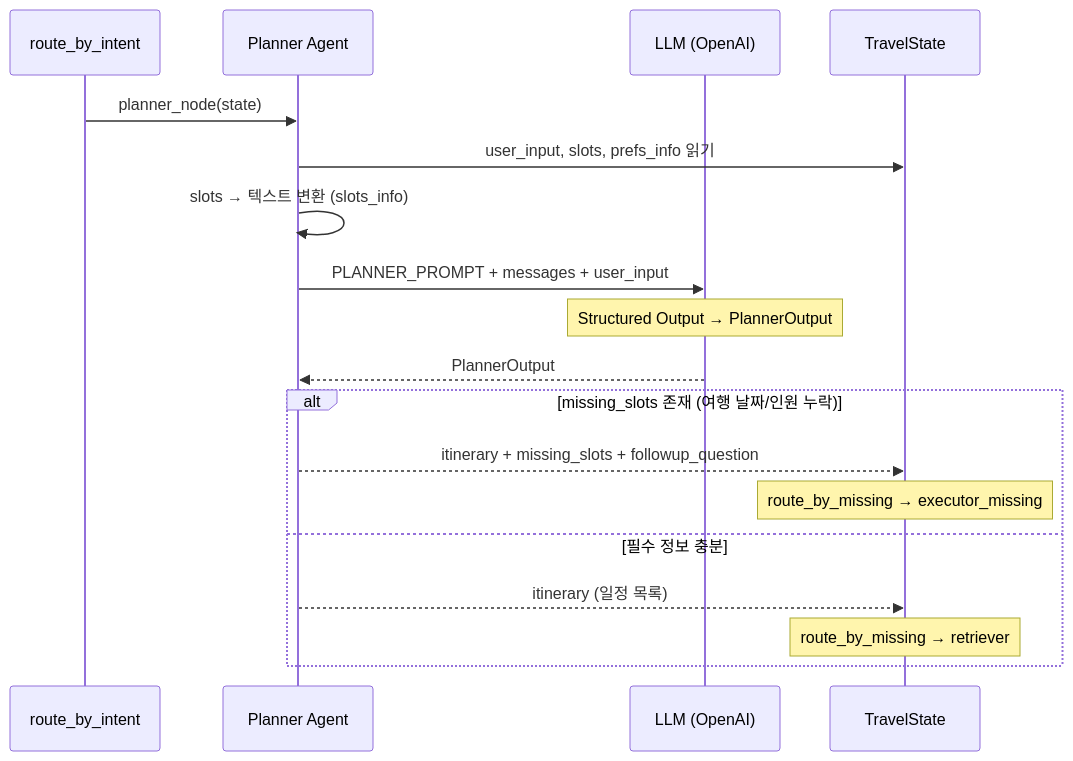
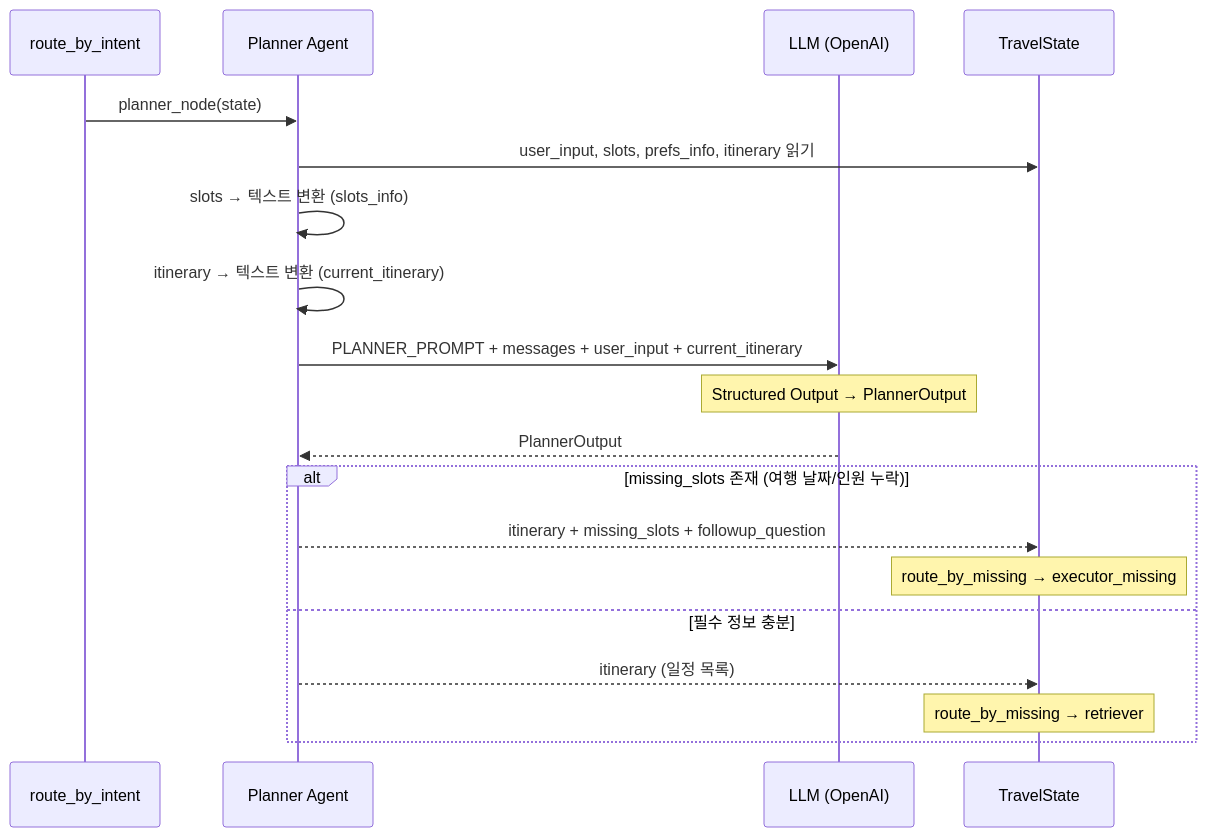
Before and after one commit to SKNETWORKS-FAMILY-AICAMP/SKN21-FINAL-2Team: the fourth of 10 diagrams in docs/agent_sequence_diagrams.md, drawn with Mermaid. The commit also changed other lines of this file and 43 other files, not shown here.

````diff
--- a/docs/agent_sequence_diagrams.md
+++ b/docs/agent_sequence_diagrams.md
@@ -202,22 +202,23 @@
 ```mermaid
 sequenceDiagram
     participant Router as route_by_intent
     participant Planner as Planner Agent
     participant LLM as LLM (OpenAI)
     participant State as TravelState
 
     Router->>Planner: planner_node(state)
-    Planner->>State: user_input, slots, prefs_info 읽기
+    Planner->>State: user_input, slots, prefs_info, itinerary 읽기
     Planner->>Planner: slots → 텍스트 변환 (slots_info)
-    Planner->>LLM: PLANNER_PROMPT + messages + user_input
+    Planner->>Planner: itinerary → 텍스트 변환 (current_itinerary)
+    Planner->>LLM: PLANNER_PROMPT + messages + user_input + current_itinerary
     Note over LLM: Structured Output → PlannerOutput
     LLM-->>Planner: PlannerOutput
 
     alt missing_slots 존재 (여행 날짜/인원 누락)
         Planner-->>State: itinerary + missing_slots + followup_question
         Note over State: route_by_missing → executor_missing
     else 필수 정보 충분
         Planner-->>State: itinerary (일정 목록)
         Note over State: route_by_missing → retriever
     end
 ```
````
